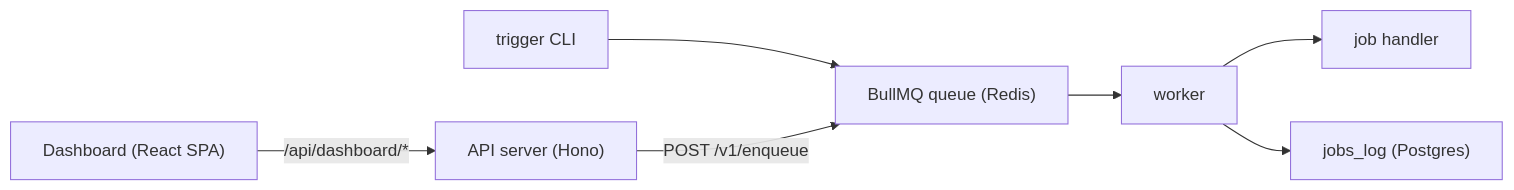
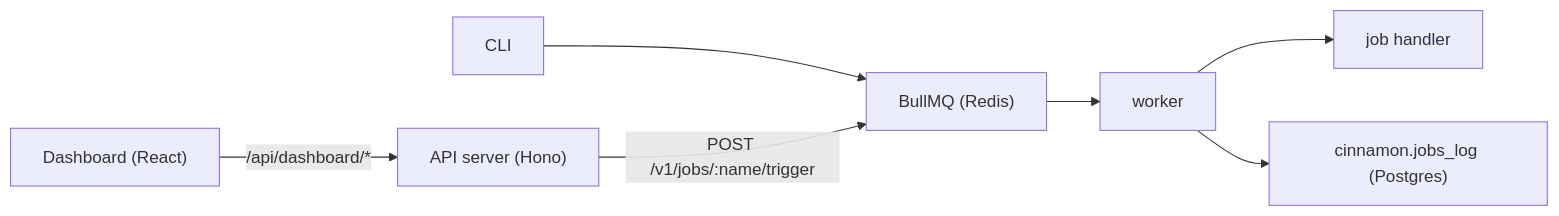
The diagram in README.md (ianuriegas/cinnamon), drawn with Mermaid before and after one commit. The commit also changed other lines of this file and 76 other files, not shown here.

````diff
--- a/README.md
+++ b/README.md
@@ -12,9 +13,9 @@
 ```mermaid
 flowchart LR
-  CLI["trigger CLI"] --> Queue["BullMQ queue (Redis)"]
-  API["API server (Hono)"] -->|"POST /v1/enqueue"| Queue
-  Dashboard["Dashboard (React SPA)"] -->|"/api/dashboard/*"| API
+  CLI["CLI"] --> Queue["BullMQ (Redis)"]
+  API["API server (Hono)"] -->|"POST /v1/jobs/:name/trigger"| Queue
+  Dashboard["Dashboard (React)"] -->|"/api/dashboard/*"| API
   Queue --> Worker[worker]
   Worker --> Handler[job handler]
-  Worker --> JobsLog["jobs_log (Postgres)"]
+  Worker --> JobsLog["cinnamon.jobs_log (Postgres)"]
 ```
````
